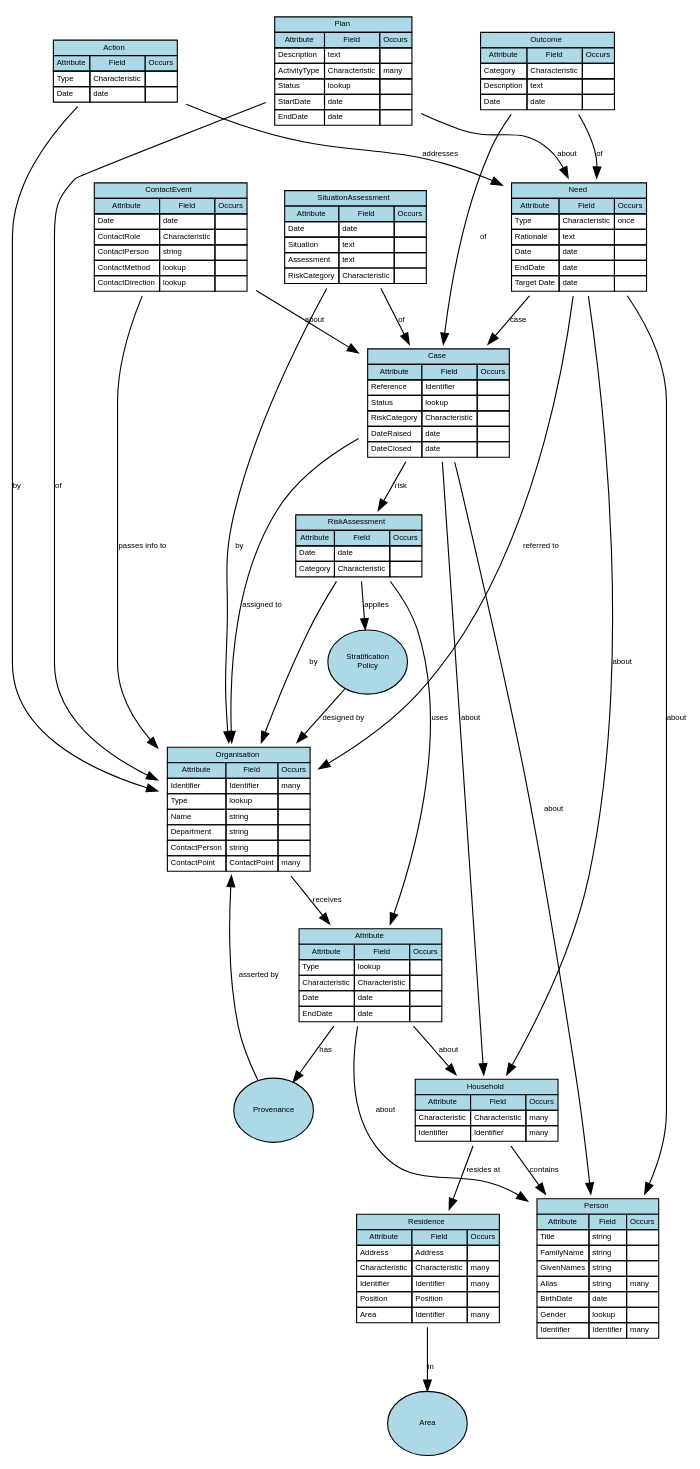
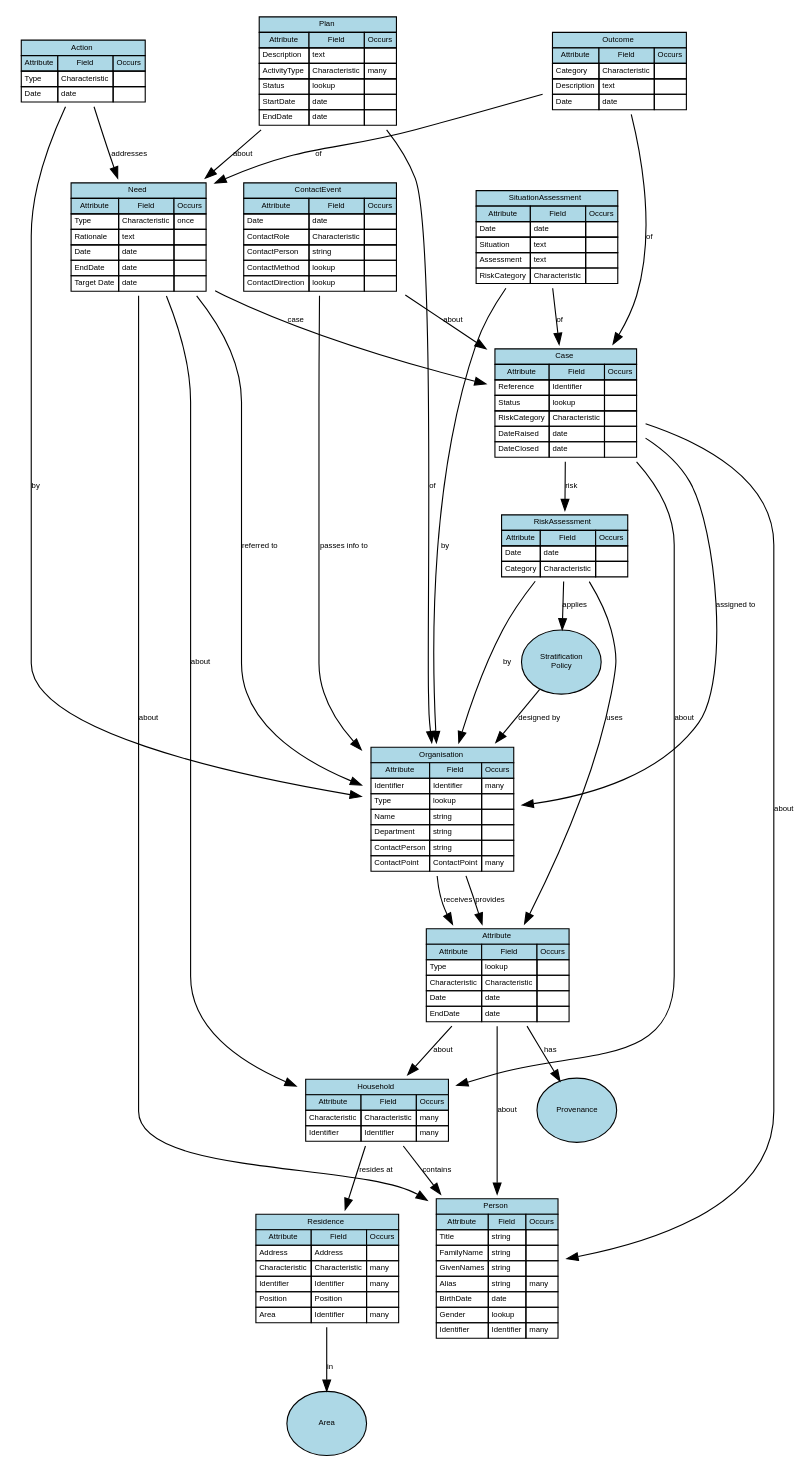
Before and after one commit to PaulDav/ModelVisual: the diagram in graph_output/EntireEntityModel.gv, drawn with Graphviz. The commit also changed 79 other files, not shown here.

```diff
--- a/graph_output/EntireEntityModel.gv
+++ b/graph_output/EntireEntityModel.gv
@@ -21,7 +21,6 @@
 	Attribute -> Household [label=about]
 	nodeProvenance [label=Provenance URL="#Provenance" fixedsize=true height=0.8 style=filled width=1.0]
 	Attribute -> nodeProvenance [label=has]
-	nodeProvenance -> Organisation [label="asserted by"]
 	Case -> Person [label=about]
 	Case -> Household [label=about]
 	Case -> RiskAssessment [label=risk]
@@ -35,6 +34,7 @@
 	Need -> Case [label=case]
 	Need -> Organisation [label="referred to"]
 	Organisation -> Attribute [label=receives]
+	Organisation -> Attribute [label=provides]
 	Outcome -> Case [label=of]
 	Outcome -> Need [label=of]
 	Plan -> Need [label=about]
```
